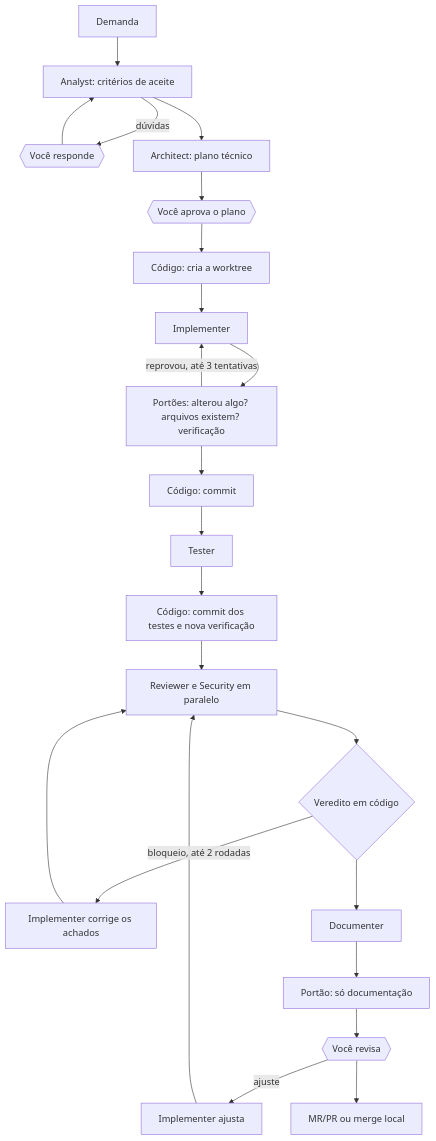
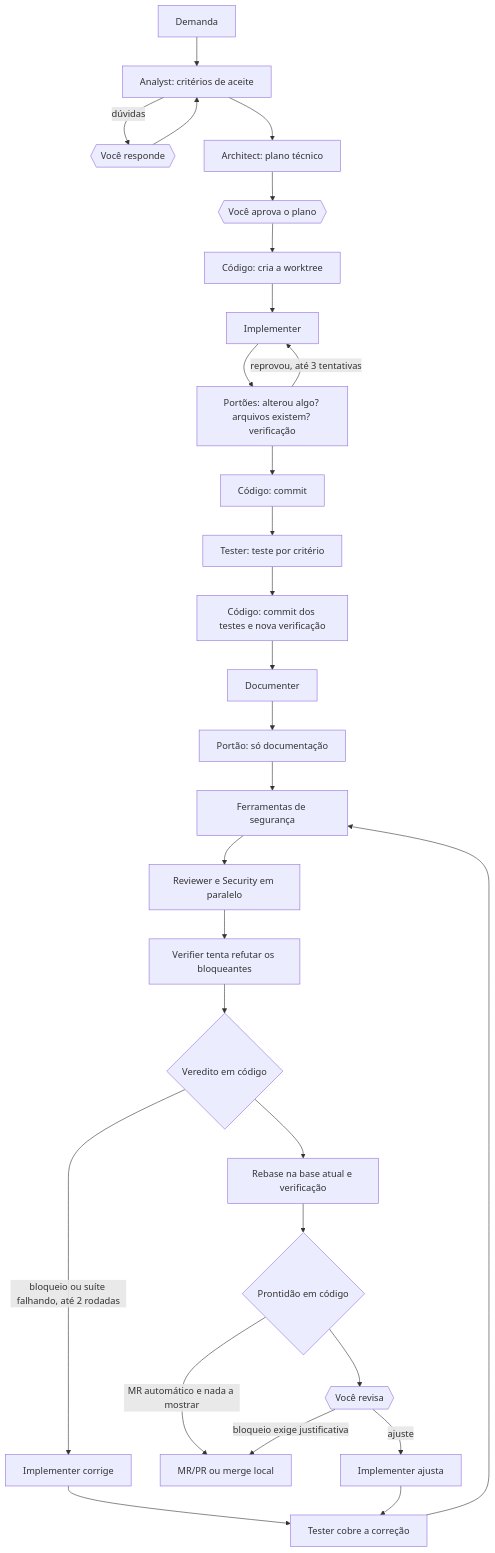
One commit to antrafa/workStuff changed the first of 3 diagrams in docs/fabrica.md. Above: the diagram before and after it, drawn with Mermaid. The commit also changed other lines of this file and 2 other files, not shown here.

Commit message:
docs(factory): describe readiness, Verifier, security tools and base sync

````diff
--- a/docs/fabrica.md
+++ b/docs/fabrica.md
@@ -98,25 +101,31 @@
 ```mermaid
 flowchart TD
   A[Demanda] --> AN[Analyst: critérios de aceite]
   AN -->|dúvidas| Q{{Você responde}}
   Q --> AN
   AN --> AR[Architect: plano técnico]
   AR --> P{{Você aprova o plano}}
   P --> WT[Código: cria a worktree]
   WT --> IM[Implementer]
   IM --> G1[Portões: alterou algo? arquivos existem? verificação]
   G1 -->|reprovou, até 3 tentativas| IM
   G1 --> C1[Código: commit]
-  C1 --> TE[Tester]
+  C1 --> TE[Tester: teste por critério]
   TE --> G2[Código: commit dos testes e nova verificação]
-  G2 --> RV[Reviewer e Security em paralelo]
-  RV --> V{Veredito em código}
-  V -->|bloqueio, até 2 rodadas| FX[Implementer corrige os achados]
-  FX --> RV
-  V --> DO[Documenter]
+  G2 --> DO[Documenter]
   DO --> G3[Portão: só documentação]
-  G3 --> H{{Você revisa}}
+  G3 --> SC[Ferramentas de segurança]
+  SC --> RV[Reviewer e Security em paralelo]
+  RV --> VF[Verifier tenta refutar os bloqueantes]
+  VF --> V{Veredito em código}
+  V -->|bloqueio ou suíte falhando, até 2 rodadas| FX[Implementer corrige]
+  FX --> TE2[Tester cobre a correção]
+  TE2 --> SC
+  V --> SY[Rebase na base atual e verificação]
+  SY --> R{Prontidão em código}
+  R -->|MR automático e nada a mostrar| F
+  R --> H{{Você revisa}}
   H -->|ajuste| AJ[Implementer ajusta]
-  AJ --> RV
-  H --> F[MR/PR ou merge local]
+  AJ --> TE2
+  H -->|bloqueio exige justificativa| F[MR/PR ou merge local]
 ```
````
